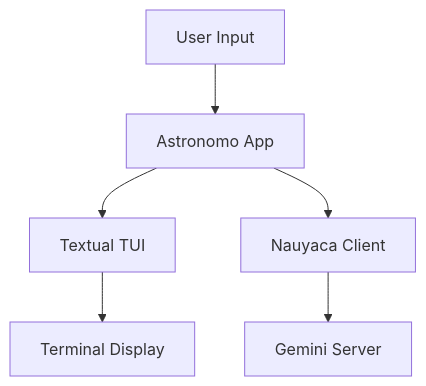
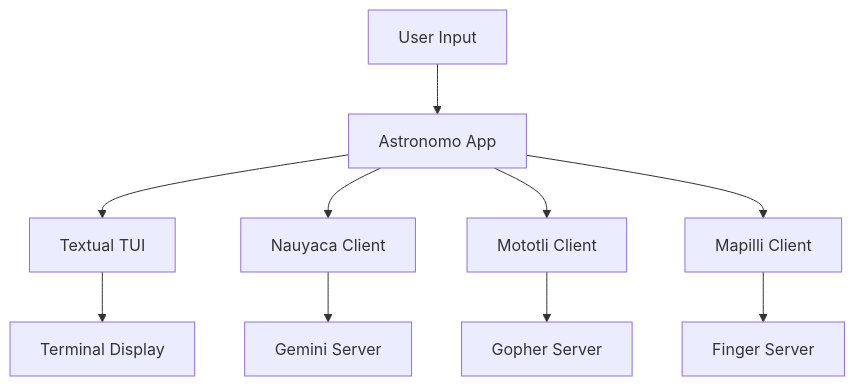
Before and after one commit to alanbato/astronomo: the first of 3 diagrams in docs/explanation/architecture.md, drawn with Mermaid. The commit also changed other lines of this file and 6 other files, not shown here.

First line of the commit message:
Add documentation for Gopher and Finger protocol support

````diff
--- a/docs/explanation/architecture.md
+++ b/docs/explanation/architecture.md
@@ -14,14 +16,22 @@
 ```mermaid
 graph TB
     User[User Input]
     App[Astronomo App]
     Textual[Textual TUI]
     Nauyaca[Nauyaca Client]
-    Server[Gemini Server]
+    Mototli[Mototli Client]
+    Mapilli[Mapilli Client]
+    GeminiServer[Gemini Server]
+    GopherServer[Gopher Server]
+    FingerServer[Finger Server]
 
     User --> App
     App --> Textual
     App --> Nauyaca
-    Nauyaca --> Server
+    App --> Mototli
+    App --> Mapilli
+    Nauyaca --> GeminiServer
+    Mototli --> GopherServer
+    Mapilli --> FingerServer
     Textual --> Terminal[Terminal Display]
 ```
````
